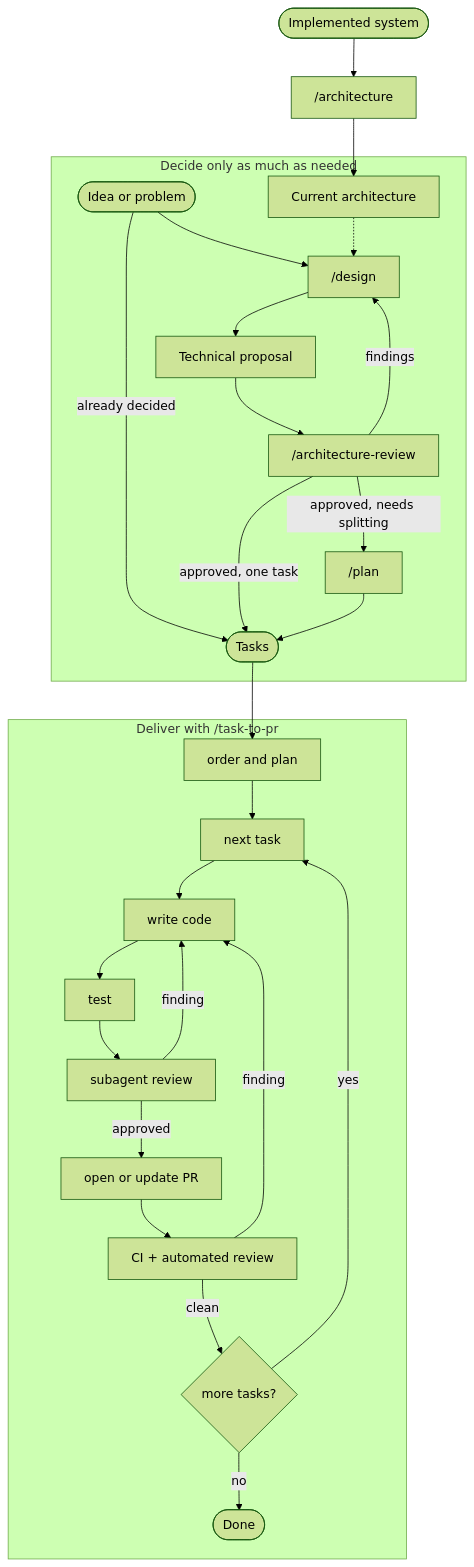
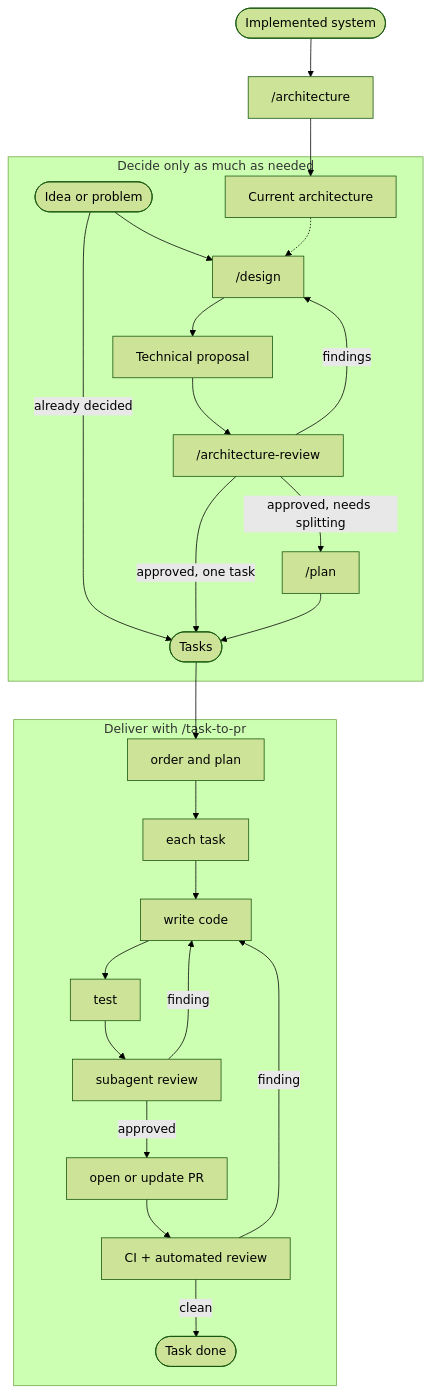
Before and after one commit to owainlewis/blueprint: the diagram in README.md, drawn with Mermaid (forest theme). The commit also changed other lines of this file and 3 other files, not shown here.

````diff
--- a/README.md
+++ b/README.md
@@ -30,25 +30,23 @@
 ```mermaid
 flowchart TB
     Existing([Implemented system]) --> Architecture["/architecture"]
     Architecture --> Current["Current architecture"]
 
     subgraph Decide["Decide only as much as needed"]
         Idea([Idea or problem]) --> Design["/design"]
         Idea -->|already decided| Tasks([Tasks])
         Current -.-> Design
         Design --> Proposal["Technical proposal"] --> ArchitectureReview["/architecture-review"]
         ArchitectureReview -->|findings| Design
         ArchitectureReview -->|approved, one task| Tasks
         ArchitectureReview -->|approved, needs splitting| Plan["/plan"] --> Tasks
     end
 
     subgraph Deliver["Deliver with /task-to-pr"]
-        Tasks --> Order["order and plan"] --> NextTask["next task"] --> Code["write code"] --> Test["test"] --> Review["subagent review"]
+        Tasks --> Order["order and plan"] --> Task["each task"] --> Code["write code"] --> Test["test"] --> Review["subagent review"]
         Review -->|finding| Code
         Review -->|approved| PR["open or update PR"] --> Automated["CI + automated review"]
         Automated -->|finding| Code
-        Automated -->|clean| Next{"more tasks?"}
-        Next -->|yes| NextTask
-        Next -->|no| Done([Done])
+        Automated -->|clean| Done([Task done])
     end
 ```
````
